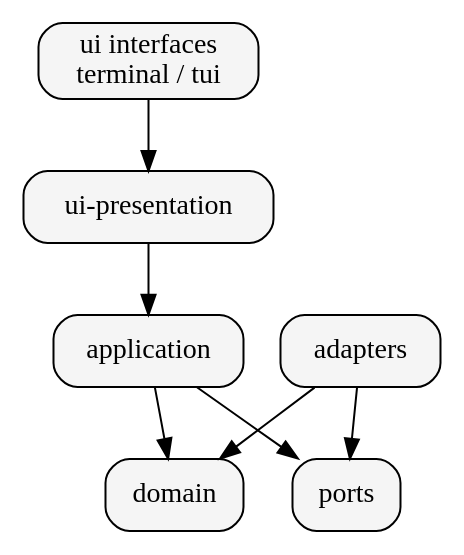
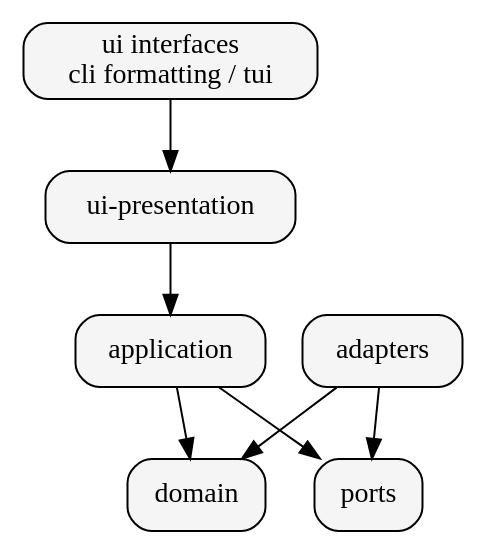
Before and after one commit to obaven/rotappo: the first of 3 diagrams in docs/book/architecture/diagrams.md, drawn with Graphviz. The commit also changed other lines of this file and 161 other files, not shown here.

````diff
--- a/docs/book/architecture/diagrams.md
+++ b/docs/book/architecture/diagrams.md
@@ -8,17 +8,17 @@
 ```dot process
 digraph LayeredArchitecture {
   rankdir=TB;
   node [shape=box, style="rounded,filled", fillcolor="#f5f5f5"];
-  interfaces [label="ui interfaces\nterminal / tui"];
+  interfaces [label="ui interfaces\ncli formatting / tui"];
   presentation [label="ui-presentation"];
   application [label="application"];
   domain [label="domain"];
   ports [label="ports"];
   adapters [label="adapters"];
 
   interfaces -> presentation -> application -> domain;
   application -> ports;
   adapters -> ports;
   adapters -> domain;
 }
 ```
````
